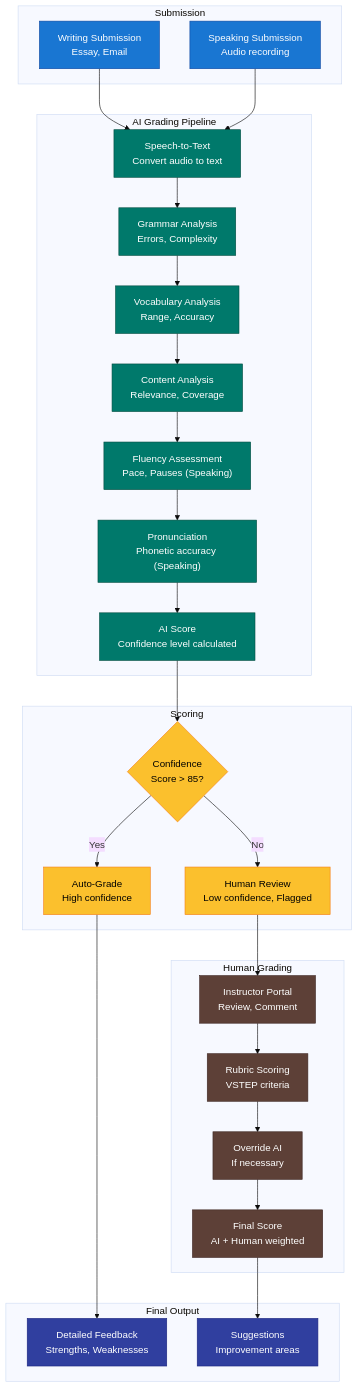
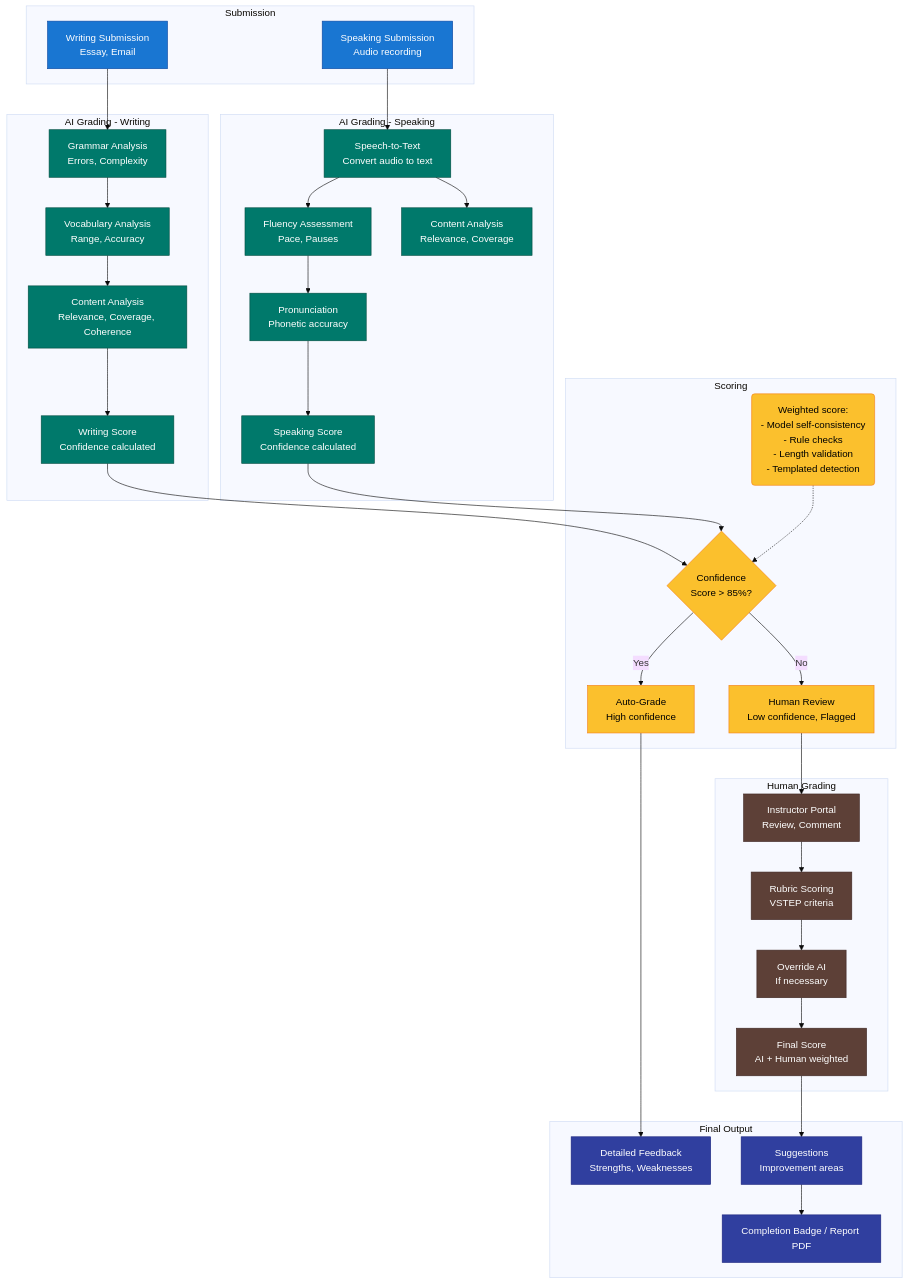
The sixth of 7 diagrams in docs/capstone/diagrams/flow-diagrams.vi.md (nghyane/VSTEP), drawn with Mermaid (base theme) before and after one commit. The commit also changed other lines of this file, not shown here.

Commit message:
docs: fix Hybrid Grading diagram issues
- Separate Writing and Speaking flows (Writing skips Transcribe)
- Add confidence explanation tooltip (self-consistency, rule checks, etc.)
- Replace Certificate with Completion Badge / Report PDF

````diff
--- a/docs/capstone/diagrams/flow-diagrams.vi.md
+++ b/docs/capstone/diagrams/flow-diagrams.vi.md
@@ -342,18 +342,24 @@
         SpeakingSubmit["Speaking Submission<br/>Audio recording"]
     end
 
-    subgraph AI ["AI Grading Pipeline"]
+    subgraph AI_Writing ["AI Grading - Writing"]
+        W_Grammar["Grammar Analysis<br/>Errors, Complexity"]
+        W_Vocab["Vocabulary Analysis<br/>Range, Accuracy"]
+        W_Content["Content Analysis<br/>Relevance, Coverage, Coherence"]
+        W_Score["Writing Score<br/>Confidence calculated"]
+    end
+
+    subgraph AI_Speaking ["AI Grading - Speaking"]
         Transcribe["Speech-to-Text<br/>Convert audio to text"]
-        Grammar["Grammar Analysis<br/>Errors, Complexity"]
-        Vocab["Vocabulary Analysis<br/>Range, Accuracy"]
-        Content["Content Analysis<br/>Relevance, Coverage"]
-        Fluency["Fluency Assessment<br/>Pace, Pauses (Speaking)"]
-        Pronunciation["Pronunciation<br/>Phonetic accuracy (Speaking)"]
-        ScoreAI["AI Score<br/>Confidence level calculated"]
+        S_Fluency["Fluency Assessment<br/>Pace, Pauses"]
+        S_Pronunciation["Pronunciation<br/>Phonetic accuracy"]
+        S_Content["Content Analysis<br/>Relevance, Coverage"]
+        S_Score["Speaking Score<br/>Confidence calculated"]
     end
 
     subgraph Scoring ["Scoring"]
-        Confidence{"Confidence<br/>Score > 85?"}
+        Confidence{"Confidence<br/>Score > 85%?"}
+        NoteConfidence("Weighted score:<br/>- Model self-consistency<br/>- Rule checks<br/>- Length validation<br/>- Templated detection")
         AutoPass["Auto-Grade<br/>High confidence"]
         HumanReview["Human Review<br/>Low confidence, Flagged"]
     end
@@ -368,35 +374,49 @@
     subgraph Final ["Final Output"]
         Feedback["Detailed Feedback<br/>Strengths, Weaknesses"]
         Suggestion["Suggestions<br/>Improvement areas"]
+        Badge["Completion Badge / Report PDF"]
     end
 
-    WritingSubmit --> Transcribe
+    %% Writing flow (no Transcribe)
+    WritingSubmit --> W_Grammar
+    W_Grammar --> W_Vocab
+    W_Vocab --> W_Content
+    W_Content --> W_Score
+
+    %% Speaking flow (needs Transcribe)
     SpeakingSubmit --> Transcribe
-    Transcribe --> Grammar
-    Grammar --> Vocab
-    Vocab --> Content
-    Content --> Fluency
-    Fluency --> Pronunciation
-    Pronunciation --> ScoreAI
-    ScoreAI --> Confidence
+    Transcribe --> S_Fluency
+    Transcribe --> S_Content
+    S_Fluency --> S_Pronunciation
+    S_Pronunciation --> S_Score
+
+    %% Confidence check
+    W_Score --> Confidence
+    S_Score --> Confidence
     Confidence -->|Yes| AutoPass
     Confidence -->|No| HumanReview
+    NoteConfidence -.-> Confidence
+
+    %% Final flow
     AutoPass --> Feedback
     HumanReview --> Instructor
     Instructor --> Rubric
     Rubric --> Override
     Override --> ScoreFinal
     ScoreFinal --> Suggestion
+    Suggestion --> Badge
 
     classDef submission fill:#1976d2,stroke:#0d47a1,color:#fff
     classDef ai fill:#00796b,stroke:#004d40,color:#fff
     classDef scoring fill:#fbc02d,stroke:#f57f17,color:#000
     classDef human fill:#5d4037,stroke:#3e2723,color:#fff
     classDef final fill:#303f9f,stroke:#1a237e,color:#fff
+    classDef note fill:#546e7a,stroke:#37474f,color:#fff
 
     class WritingSubmit,SpeakingSubmit submission
-    class Transcribe,Grammar,Vocab,Content,Fluency,Pronunciation,ScoreAI ai
-    class Confidence,AutoPass,HumanReview scoring
+    class W_Grammar,W_Vocab,W_Content,W_Score ai
+    class Transcribe,S_Fluency,S_Pronunciation,S_Content,S_Score ai
+    class Confidence,AutoPass,HumanReview,NoteConfidence scoring
     class Instructor,Rubric,Override,ScoreFinal human
-    class Feedback,Suggestion final
+    class Feedback,Suggestion,Badge final
 ```
````
